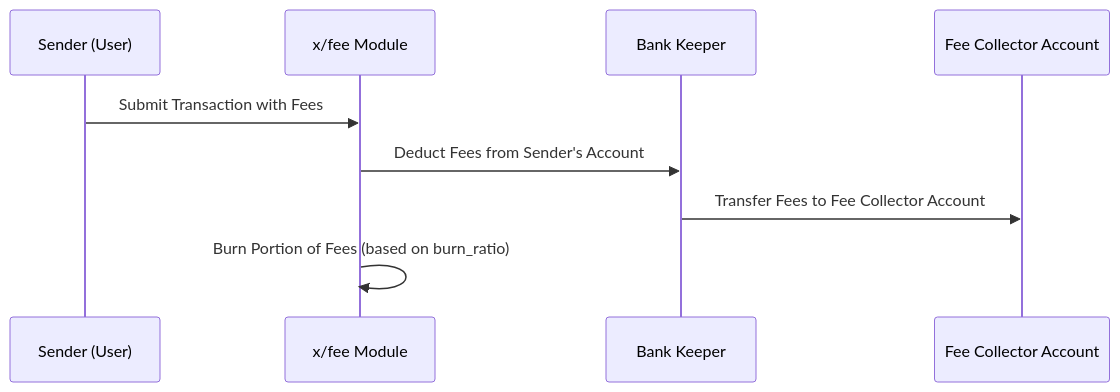
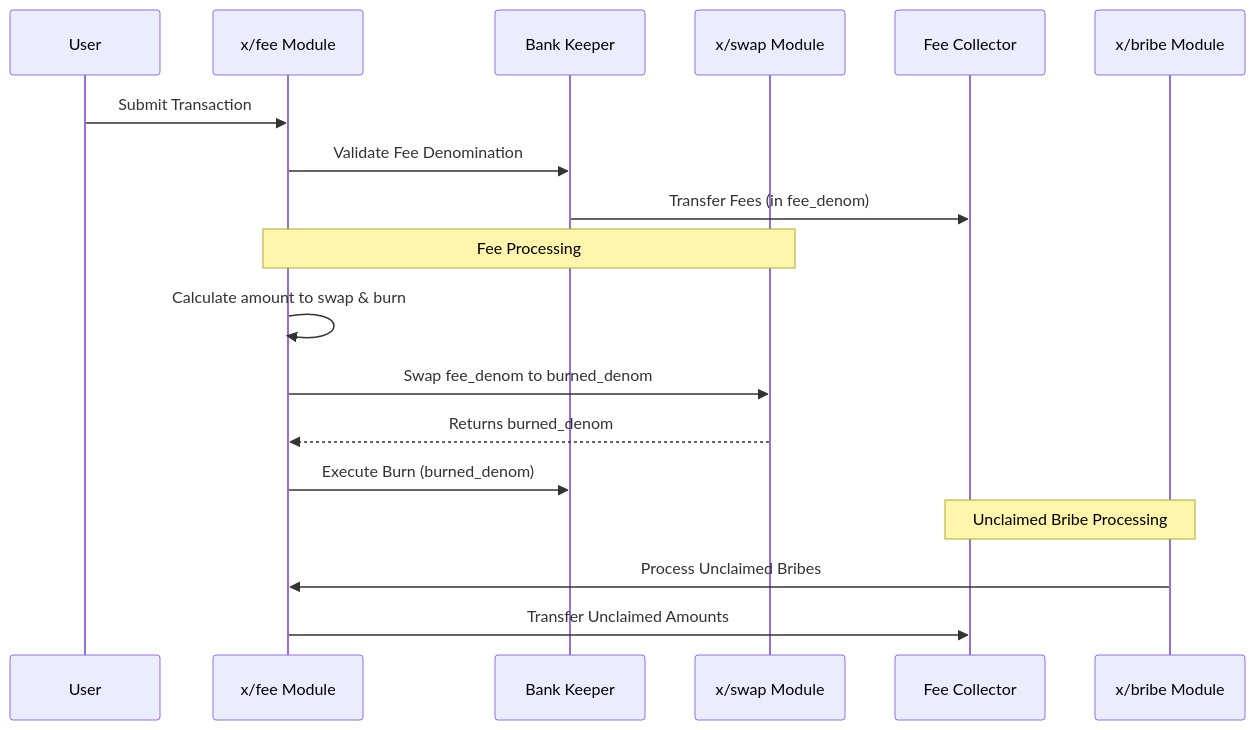
Before and after one commit to sunriselayer/gitbook: the diagram in ja/learn/sunrise/fee.md, drawn with Mermaid. The commit also changed other lines of this file and 52 other files, not shown here.

````diff
--- a/ja/learn/sunrise/fee.md
+++ b/ja/learn/sunrise/fee.md
@@ -98,12 +54,23 @@
 ```mermaid
 sequenceDiagram
-    participant Sender as Sender (User)
+    participant User
     participant FeeModule as x/fee Module
     participant BankKeeper as Bank Keeper
-    participant FeeCollector as Fee Collector Account
+    participant SwapModule as x/swap Module
+    participant FeeCollector as Fee Collector
+    participant BribeModule as x/bribe Module
 
-    Sender->>FeeModule: Submit Transaction with Fees
-    FeeModule->>BankKeeper: Deduct Fees from Sender's Account
-    BankKeeper->>FeeCollector: Transfer Fees to Fee Collector Account
-    FeeModule->>FeeModule: Burn Portion of Fees (based on burn_ratio)
+    User->>FeeModule: Submit Transaction
+    FeeModule->>BankKeeper: Validate Fee Denomination
+    BankKeeper->>FeeCollector: Transfer Fees (in fee_denom)
+    
+    note over FeeModule, SwapModule: Fee Processing
+    FeeModule->>FeeModule: Calculate amount to swap & burn
+    FeeModule->>SwapModule: Swap fee_denom to burned_denom
+    SwapModule-->>FeeModule: Returns burned_denom
+    FeeModule->>BankKeeper: Execute Burn (burned_denom)
+
+    note over BribeModule, FeeCollector: Unclaimed Bribe Processing
+    BribeModule->>FeeModule: Process Unclaimed Bribes
+    FeeModule->>FeeCollector: Transfer Unclaimed Amounts
 ```
````
